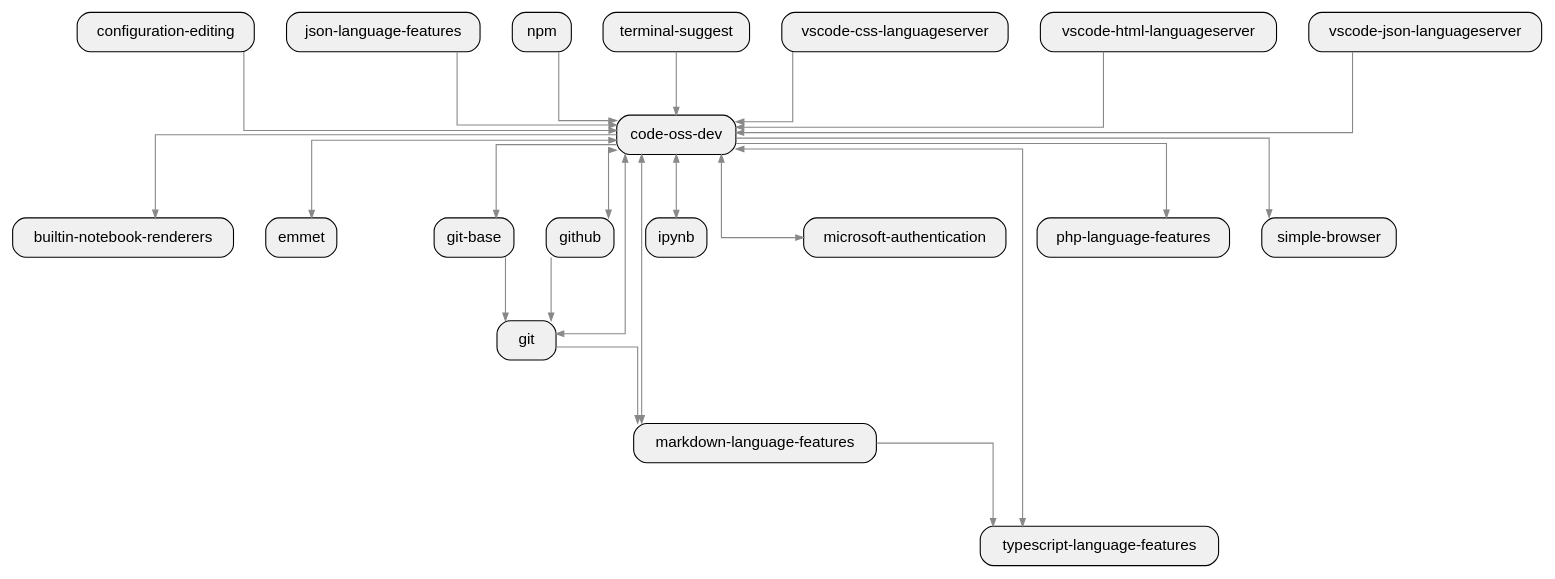
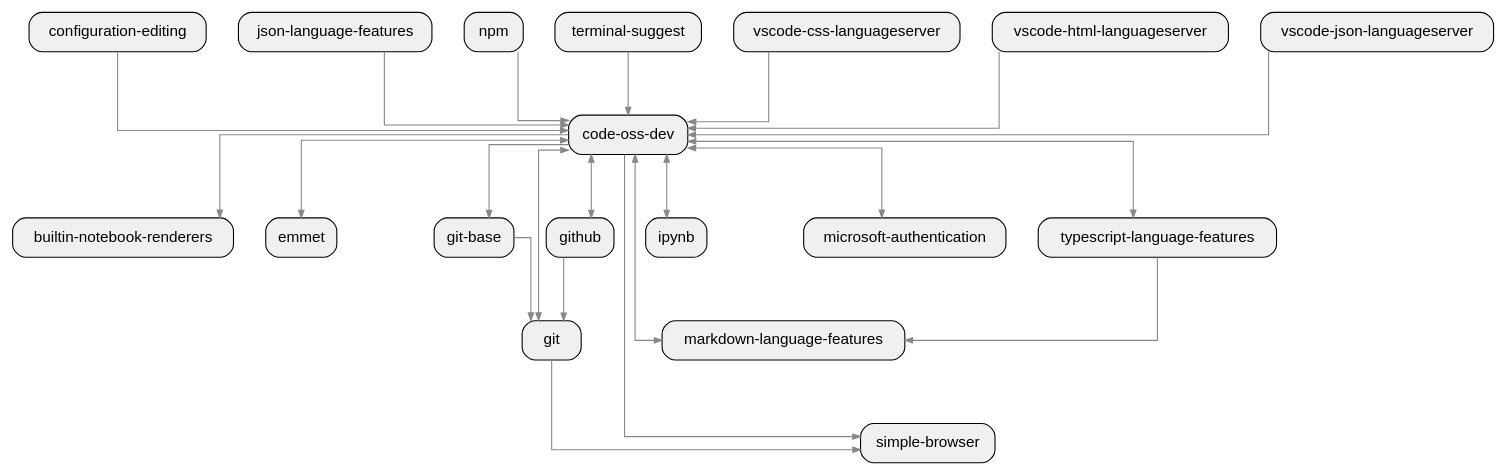
The diagram in sample/typescript/vscode/depth_1_crate.dot (allenanswerzq/llmcc), drawn with Graphviz before and after one commit. The commit also changed 67 other files, not shown here.

```diff
--- a/sample/typescript/vscode/depth_1_crate.dot
+++ b/sample/typescript/vscode/depth_1_crate.dot
@@ -1,63 +1,61 @@
 digraph architecture {
   rankdir=TB;
   ranksep=0.8;
   nodesep=0.4;
   splines=ortho;
   concentrate=true;
 
   node [shape=box, style="rounded,filled", fillcolor="#f0f0f0", fontname="Helvetica"];
   edge [color="#888888", arrowsize=0.7];
 
   labelloc=t;
   fontsize=16;
 
   crate_builtin_notebook_renderers[label="builtin-notebook-renderers", path="/home/yibai/llmcc/sample/repos/vscode/extensions/notebook-renderers"];
   crate_code_oss_dev[label="code-oss-dev", path="/home/yibai/llmcc/sample/repos/vscode"];
   crate_configuration_editing[label="configuration-editing", path="/home/yibai/llmcc/sample/repos/vscode/extensions/configuration-editing"];
   crate_emmet[label="emmet", path="/home/yibai/llmcc/sample/repos/vscode/extensions/emmet"];
   crate_git[label="git", path="/home/yibai/llmcc/sample/repos/vscode/extensions/git"];
   crate_git_base[label="git-base", path="/home/yibai/llmcc/sample/repos/vscode/extensions/git-base"];
   crate_github[label="github", path="/home/yibai/llmcc/sample/repos/vscode/extensions/github"];
   crate_ipynb[label="ipynb", path="/home/yibai/llmcc/sample/repos/vscode/extensions/ipynb"];
   crate_json_language_features[label="json-language-features", path="/home/yibai/llmcc/sample/repos/vscode/extensions/json-language-features"];
   crate_markdown_language_features[label="markdown-language-features", path="/home/yibai/llmcc/sample/repos/vscode/extensions/markdown-language-features"];
   crate_microsoft_authentication[label="microsoft-authentication", path="/home/yibai/llmcc/sample/repos/vscode/extensions/microsoft-authentication"];
   crate_npm[label="npm", path="/home/yibai/llmcc/sample/repos/vscode/extensions/npm"];
-  crate_php_language_features[label="php-language-features", path="/home/yibai/llmcc/sample/repos/vscode/extensions/php-language-features"];
   crate_simple_browser[label="simple-browser", path="/home/yibai/llmcc/sample/repos/vscode/extensions/simple-browser"];
   crate_terminal_suggest[label="terminal-suggest", path="/home/yibai/llmcc/sample/repos/vscode/extensions/terminal-suggest"];
   crate_typescript_language_features[label="typescript-language-features", path="/home/yibai/llmcc/sample/repos/vscode/extensions/typescript-language-features"];
   crate_vscode_css_languageserver[label="vscode-css-languageserver", path="/home/yibai/llmcc/sample/repos/vscode/extensions/css-language-features/server"];
   crate_vscode_html_languageserver[label="vscode-html-languageserver", path="/home/yibai/llmcc/sample/repos/vscode/extensions/html-language-features/server"];
   crate_vscode_json_languageserver[label="vscode-json-languageserver", path="/home/yibai/llmcc/sample/repos/vscode/extensions/json-language-features/server"];
 
   crate_code_oss_dev -> crate_builtin_notebook_renderers;
   crate_code_oss_dev -> crate_emmet;
   crate_code_oss_dev -> crate_git;
   crate_code_oss_dev -> crate_git_base;
   crate_code_oss_dev -> crate_github;
   crate_code_oss_dev -> crate_ipynb;
   crate_code_oss_dev -> crate_markdown_language_features;
   crate_code_oss_dev -> crate_microsoft_authentication;
-  crate_code_oss_dev -> crate_php_language_features;
   crate_code_oss_dev -> crate_simple_browser;
   crate_code_oss_dev -> crate_typescript_language_features;
   crate_configuration_editing -> crate_code_oss_dev;
   crate_emmet -> crate_code_oss_dev;
   crate_git -> crate_code_oss_dev;
-  crate_git -> crate_markdown_language_features;
+  crate_git -> crate_simple_browser;
   crate_git_base -> crate_git;
   crate_github -> crate_code_oss_dev;
   crate_github -> crate_git;
   crate_ipynb -> crate_code_oss_dev;
   crate_json_language_features -> crate_code_oss_dev;
   crate_markdown_language_features -> crate_code_oss_dev;
-  crate_markdown_language_features -> crate_typescript_language_features;
   crate_microsoft_authentication -> crate_code_oss_dev;
   crate_npm -> crate_code_oss_dev;
   crate_terminal_suggest -> crate_code_oss_dev;
   crate_typescript_language_features -> crate_code_oss_dev;
+  crate_typescript_language_features -> crate_markdown_language_features;
   crate_vscode_css_languageserver -> crate_code_oss_dev;
   crate_vscode_html_languageserver -> crate_code_oss_dev;
   crate_vscode_json_languageserver -> crate_code_oss_dev;
 }
```
